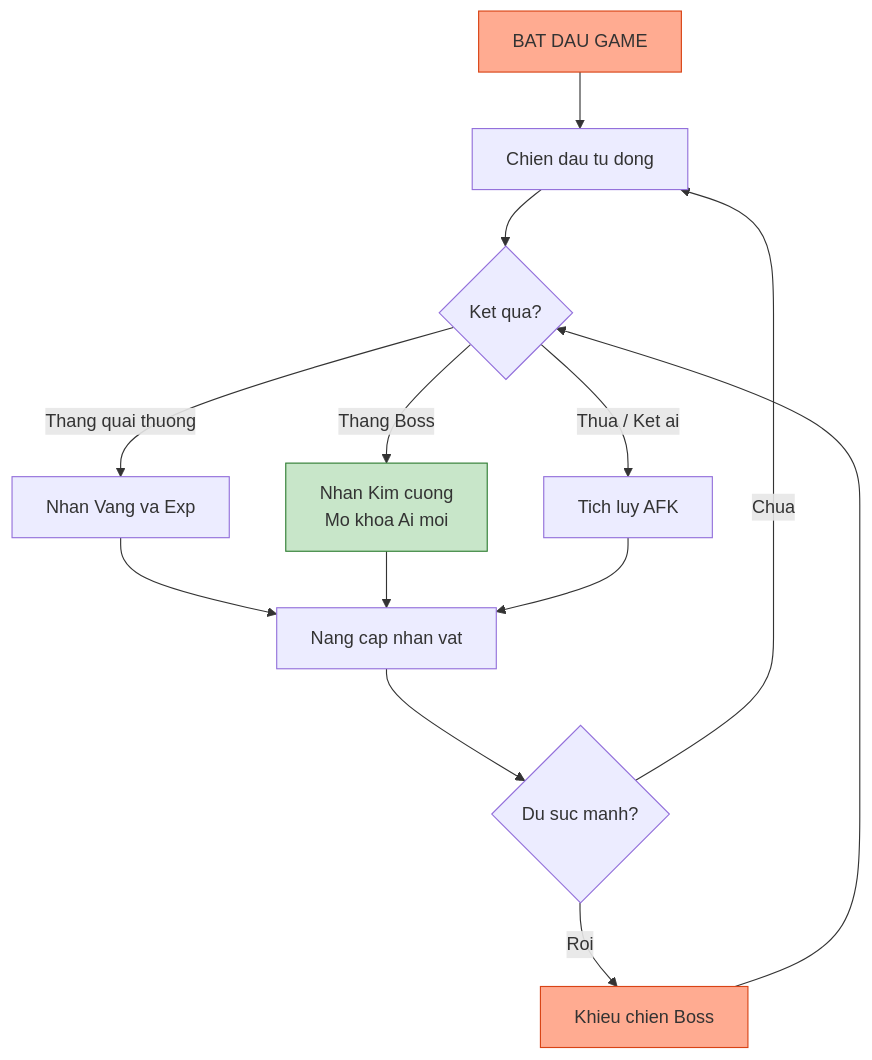
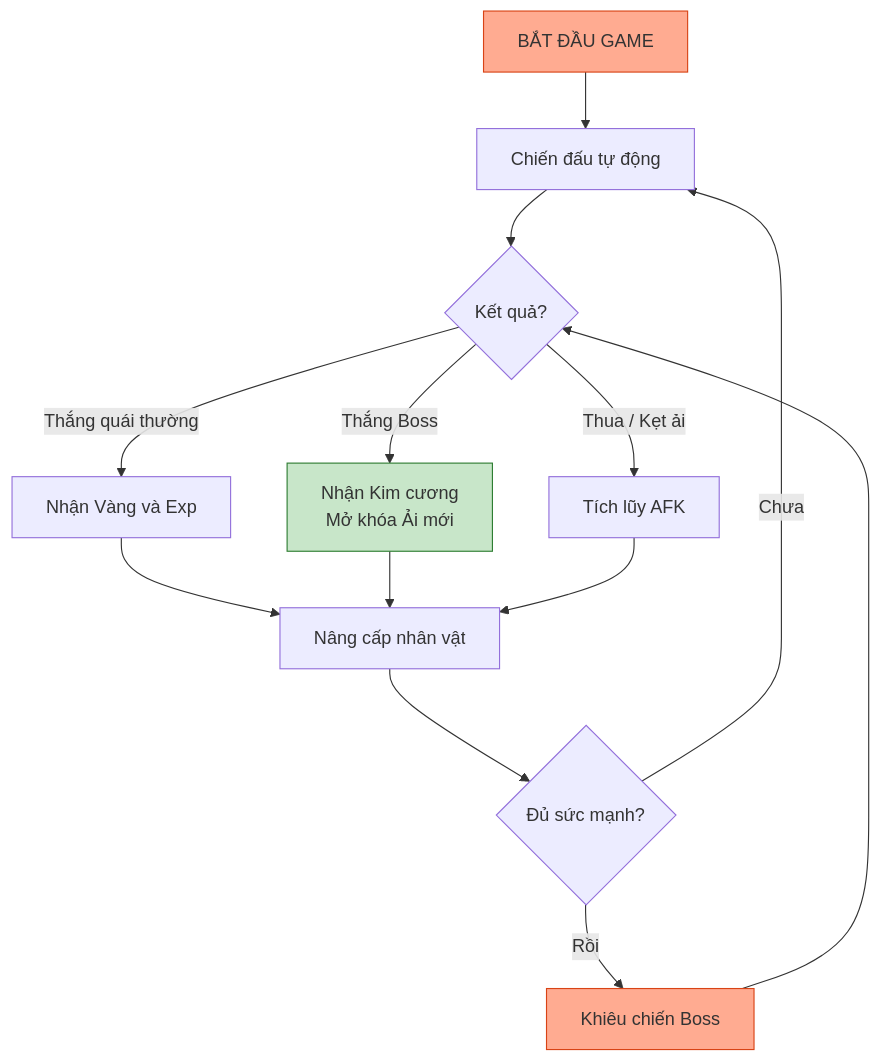
Before and after one commit to luantran-working/idlegame-designdocs: the first of 2 diagrams in docs/chi-tiet-co-che-gameplay.md, drawn with Mermaid. The commit also changed other lines of this file and 16 other files, not shown here.

Commit message:
feat: Introduce extensive game design documentation covering game systems, UI, and roadmap, and enable Mermaid diagram support in Docusaurus.

````diff
--- a/docs/chi-tiet-co-che-gameplay.md
+++ b/docs/chi-tiet-co-che-gameplay.md
@@ -13,23 +13,23 @@
 ```mermaid
 flowchart TD
-    A["BAT DAU GAME"] --> B["Chien dau tu dong"]
+    A["BẮT ĐẦU GAME"] --> B["Chiến đấu tự động"]
 
-    B --> C{"Ket qua?"}
+    B --> C{"Kết quả?"}
 
-    C -->|Thang quai thuong| D["Nhan Vang va Exp"]
-    C -->|Thang Boss| E["Nhan Kim cuong<br/>Mo khoa Ai moi"]
-    C -->|Thua / Ket ai| F["Tich luy AFK"]
+    C -->|Thắng quái thường| D["Nhận Vàng và Exp"]
+    C -->|Thắng Boss| E["Nhận Kim cương<br/>Mở khóa Ải mới"]
+    C -->|Thua / Kẹt ải| F["Tích lũy AFK"]
 
-    D --> G["Nang cap nhan vat"]
+    D --> G["Nâng cấp nhân vật"]
     E --> G
     F --> G
 
-    G --> H{"Du suc manh?"}
-    H -->|Chua| B
-    H -->|Roi| I["Khieu chien Boss"]
+    G --> H{"Đủ sức mạnh?"}
+    H -->|Chưa| B
+    H -->|Rồi| I["Khiêu chiến Boss"]
     I --> C
 
     style A fill:#ffab91,stroke:#d84315
     style E fill:#c8e6c9,stroke:#2e7d32
     style I fill:#ffab91,stroke:#d84315
 ```
````
